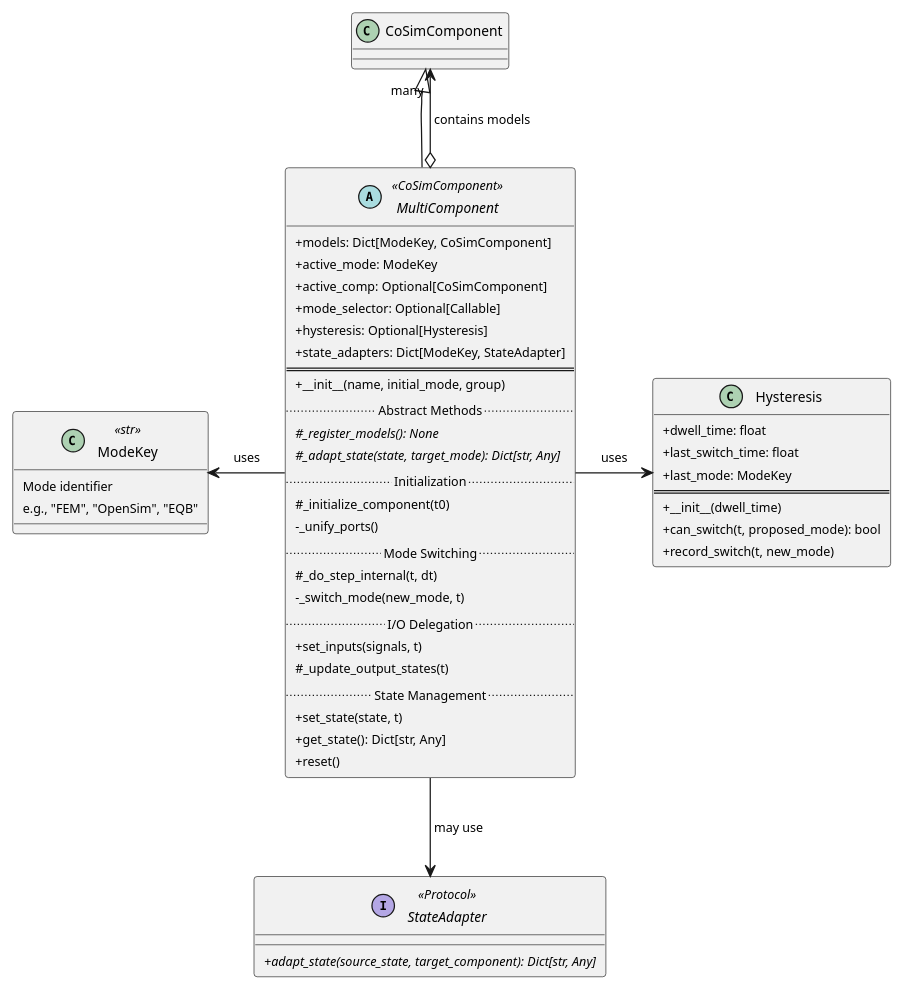
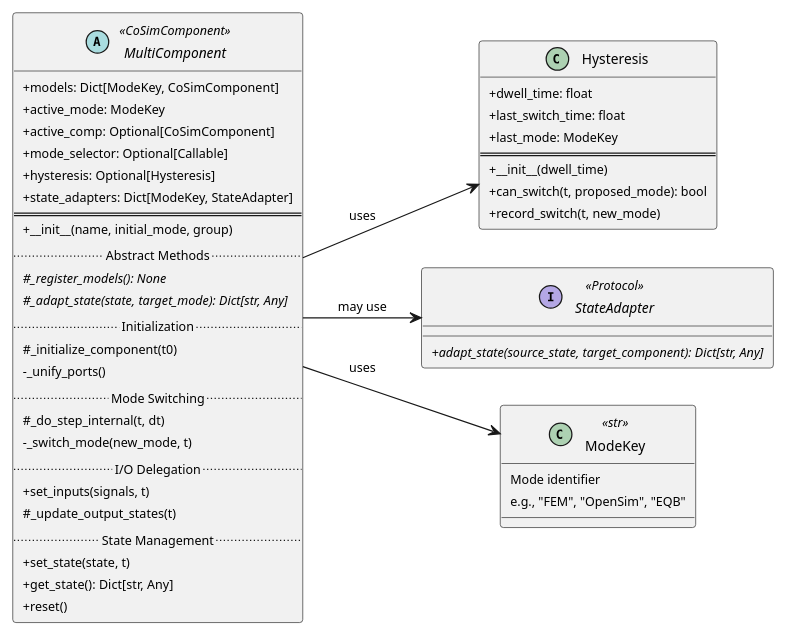
Before and after one commit to FlorianFrech/SystemSimulation: the diagram in docs/diagrams/src/class/components/multi_comp.puml, drawn with PlantUML. The commit also changed 29 other files, not shown here.

Commit message:
Update Diagrams and Pendulum State Synchronization

```diff
--- a/docs/diagrams/src/class/components/multi_comp.puml
+++ b/docs/diagrams/src/class/components/multi_comp.puml
@@ -1,69 +1,78 @@
 @startuml MultiComponent
+
+' ============================================================================
+' STYLING
+' ============================================================================
 
 skinparam classAttributeIconSize 0
 skinparam padding 2
 skinparam defaultFontSize 10
 skinparam classFontSize 11
+skinparam nodesep 30
+skinparam ranksep 50
+
+' Color scheme - clean white background
+skinparam backgroundColor white
+
+' Remove yellow/red default colors
+skinparam shadowing false
+
+left to right direction
 
 ' ============================================================================
 ' MULTI-COMPONENT CLASS
 ' ============================================================================
 
 abstract class MultiComponent <<CoSimComponent>> {
     + models: Dict[ModeKey, CoSimComponent]
     + active_mode: ModeKey
     + active_comp: Optional[CoSimComponent]
     + mode_selector: Optional[Callable]
     + hysteresis: Optional[Hysteresis]
     + state_adapters: Dict[ModeKey, StateAdapter]
     ==
     + __init__(name, initial_mode, group)
     .. Abstract Methods ..
     {abstract} # _register_models(): None
     {abstract} # _adapt_state(state, target_mode): Dict[str, Any]
     .. Initialization ..
     # _initialize_component(t0)
     - _unify_ports()
     .. Mode Switching ..
     # _do_step_internal(t, dt)
     - _switch_mode(new_mode, t)
     .. I/O Delegation ..
     + set_inputs(signals, t)
     # _update_output_states(t)
     .. State Management ..
     + set_state(state, t)
     + get_state(): Dict[str, Any]
     + reset()
 }
 
 class Hysteresis {
     + dwell_time: float
     + last_switch_time: float
     + last_mode: ModeKey
     ==
     + __init__(dwell_time)
     + can_switch(t, proposed_mode): bool
     + record_switch(t, new_mode)
 }
 
 interface StateAdapter <<Protocol>> {
     {abstract} + adapt_state(source_state, target_component): Dict[str, Any]
 }
 
 ' Type Alias
 class ModeKey <<str>> {
     Mode identifier
     e.g., "FEM", "OpenSim", "EQB"
 }
 
 ' Layout: MultiComponent on left, related classes to the right
-CoSimComponent <|-down- MultiComponent
-MultiComponent o-up-> "many" CoSimComponent : contains models
-MultiComponent -right-> Hysteresis : uses
-MultiComponent  -down-> StateAdapter : may use
-MultiComponent -> ModeKey : uses
-
-' Vertical arrangement
-MultiComponent -[hidden]up- ModeKey
+MultiComponent -down-> Hysteresis : uses
+MultiComponent -down-> ModeKey : uses
+MultiComponent -down-> StateAdapter : may use
 
 @enduml
```
